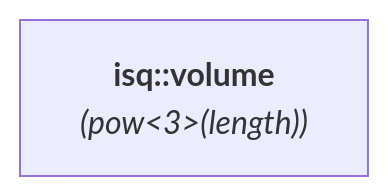
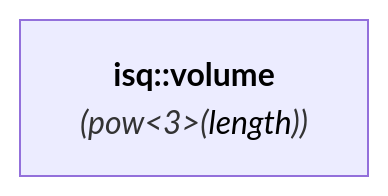
One commit to mpusz/mp-units changed the diagram in docs/reference/systems_reference/hierarchies/volume.md. Above: the diagram before and after it, drawn with Mermaid. The commit also changed 166 other files, not shown here.

````diff
--- a/docs/reference/systems_reference/hierarchies/volume.md
+++ b/docs/reference/systems_reference/hierarchies/volume.md
@@ -8,4 +8,4 @@
 ```mermaid
 flowchart LR
-    isq_volume["<b>isq::volume</b><br><i>(pow<3>(length))</i>"]
+    isq_volume["<b><a href="../../systems/isq/#volume" style="color: black; text-decoration: none;">isq::volume</a></b><br><i>(pow<3>(<a href="../../systems/isq/#length" style="color: black; text-decoration: none;">length</a>))</i>"]
 ```
````
